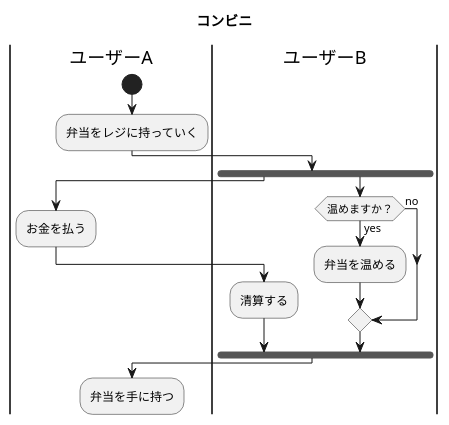
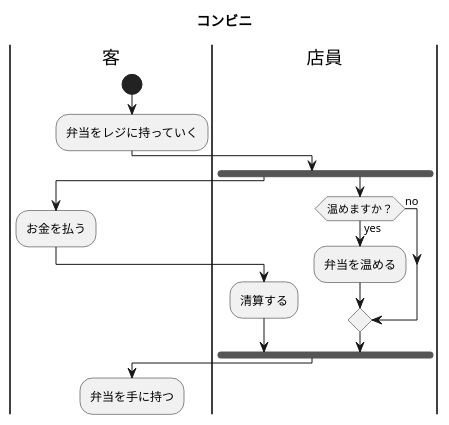
Before and after one commit to youryota/uml-introduction: the diagram in 図7-10_AC_コンビニで弁当買う.pu, drawn with PlantUML.

Commit message:
演習

```diff
--- a/図7-10_AC_コンビニで弁当買う.pu
+++ b/図7-10_AC_コンビニで弁当買う.pu
@@ -1,20 +1,20 @@
 @startuml
 title コンビニ
-|ユーザーA|
+|客|
 start
 :弁当をレジに持っていく;
-|ユーザーB|
+|店員|
 fork
-|ユーザーA|
+|客|
 :お金を払う;
-|ユーザーB|
+|店員|
 :清算する;
 fork again
 if (温めますか？) then(yes)
 :弁当を温める;
 else (no)
 endif
 end fork
-|ユーザーA|
+|客|
 :弁当を手に持つ;
 @enduml
```
